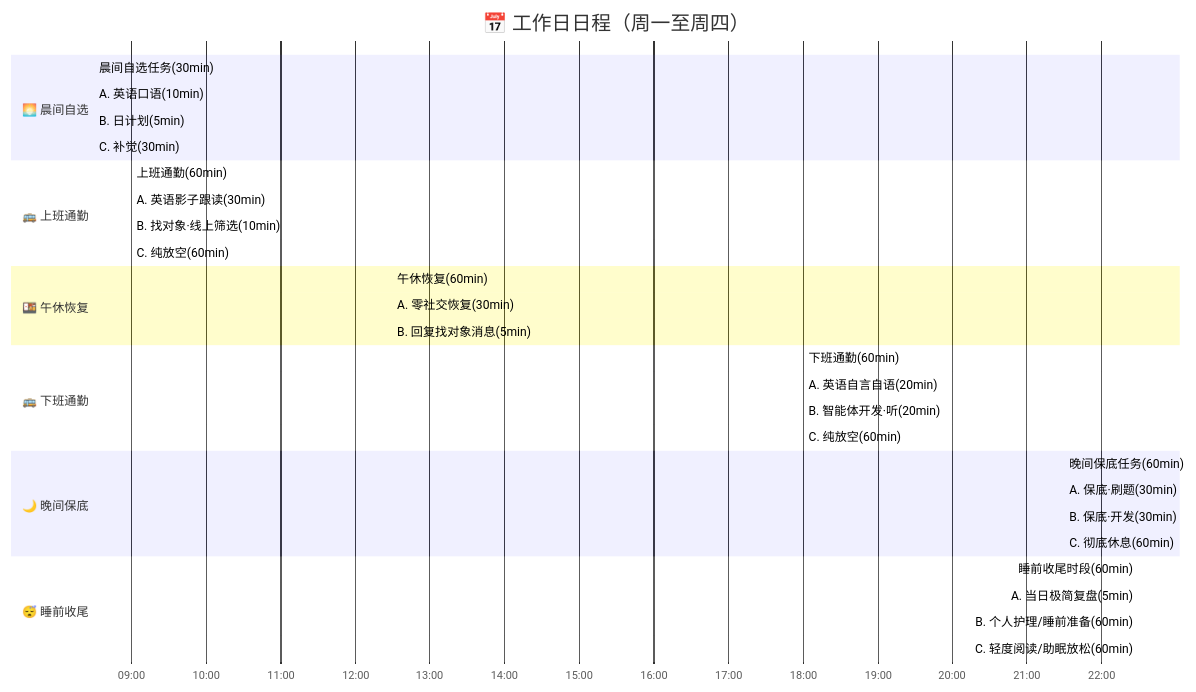
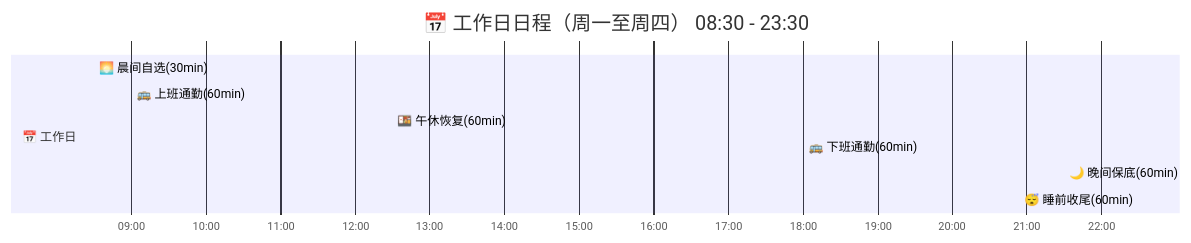
Before and after one commit to muyanshouji/muyanshouji: the first of 2 diagrams in schedule.md, drawn with Mermaid. The commit also changed other lines of this file, not shown here.

First line of the commit message:
feat: 周末合并为一图 + 主时间块长条展示 (08:30-23:30)

````diff
--- a/schedule.md
+++ b/schedule.md
@@ -11,42 +13,15 @@
 ```mermaid
 gantt
-    title 📅 工作日日程（周一至周四）
+    title 📅 工作日日程（周一至周四） 08:30 - 23:30
     dateFormat HH:mm
     axisFormat %H:%M
     todayMarker off
 
-    section 🌅 晨间自选
-        晨间自选任务(30min)           :a1, 08:30, 30min
-        A. 英语口语(10min)            :crit, a1a, 08:30, 10min
-        B. 日计划(5min)               :active, a1b, 08:30, 5min
-        C. 补觉(30min)                :done, a1c, 08:30, 30min
-
-    section 🚌 上班通勤
-        上班通勤(60min)               :a2, 09:00, 60min
-        A. 英语影子跟读(30min)        :crit, a2a, 09:00, 30min
-        B. 找对象·线上筛选(10min)     :active, a2b, 09:00, 10min
-        C. 纯放空(60min)              :done, a2c, 09:00, 60min
-
-    section 🍱 午休恢复
-        午休恢复(60min)               :a3, 12:30, 60min
-        A. 零社交恢复(30min)          :done, a3a, 12:30, 30min
-        B. 回复找对象消息(5min)       :active, a3b, 12:30, 5min
-
-    section 🚌 下班通勤
-        下班通勤(60min)               :a4, 18:00, 60min
-        A. 英语自言自语(20min)        :crit, a4a, 18:00, 20min
-        B. 智能体开发·听(20min)       :crit, a4b, 18:00, 20min
-        C. 纯放空(60min)              :done, a4c, 18:00, 60min
-
-    section 🌙 晚间保底
-        晚间保底任务(60min)           :a5, 21:30, 60min
-        A. 保底·刷题(30min)           :crit, a5a, 21:30, 30min
-        B. 保底·开发(30min)           :crit, a5b, 21:30, 30min
-        C. 彻底休息(60min)            :done, a5c, 21:30, 60min
-
-    section 😴 睡前收尾
-        睡前收尾时段(60min)           :a6, 22:30, 60min
-        A. 当日极简复盘(5min)         :active, a6a, 22:30, 5min
-        B. 个人护理/睡前准备(60min)   :done, a6b, 22:30, 60min
-        C. 轻度阅读/助眠放松(60min)   :done, a6c, 22:30, 60min
+    section 📅 工作日
+        🌅 晨间自选(30min)       :a1, 08:30, 30min
+        🚌 上班通勤(60min)       :a2, 09:00, 60min
+        🍱 午休恢复(60min)       :a3, 12:30, 60min
+        🚌 下班通勤(60min)       :a4, 18:00, 60min
+        🌙 晚间保底(60min)       :crit, a5, 21:30, 60min
+        😴 睡前收尾(60min)       :a6, 22:30, 60min
 ```
````
